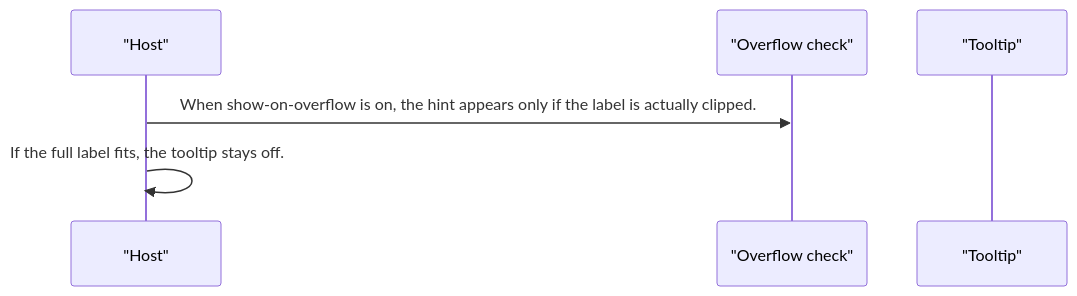
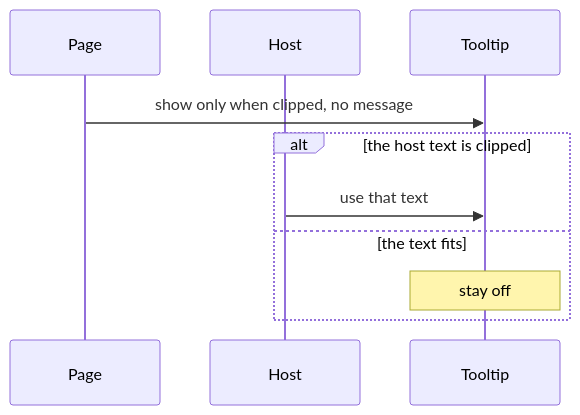
The fourth of 4 diagrams in projects/pixel-ui/src/lib/pixel-tooltip/DESIGN.md (RajshekharBorate/pixel-ui), drawn with Mermaid before and after one commit. The commit also changed other lines of this file and 73 other files, not shown here.

Commit message:
Explain who owns each value and what each flow does in every component and service design.

````diff
--- a/projects/pixel-ui/src/lib/pixel-tooltip/DESIGN.md
+++ b/projects/pixel-ui/src/lib/pixel-tooltip/DESIGN.md
@@ -72,8 +97,12 @@
 ```mermaid
 sequenceDiagram
-  participant host as "Host"
-  participant clip as "Overflow check"
-  participant tip as "Tooltip"
-  host->>clip: When show-on-overflow is on, the hint appears only if the label is actually clipped.
-  host->>host: If the full label fits, the tooltip stays off.
+  participant Page
+  participant Host
+  participant Tip as Tooltip
+  Page->>Tip: show only when clipped, no message
+  alt the host text is clipped
+    Host->>Tip: use that text
+  else the text fits
+    Note over Tip: stay off
+  end
 ```
````
